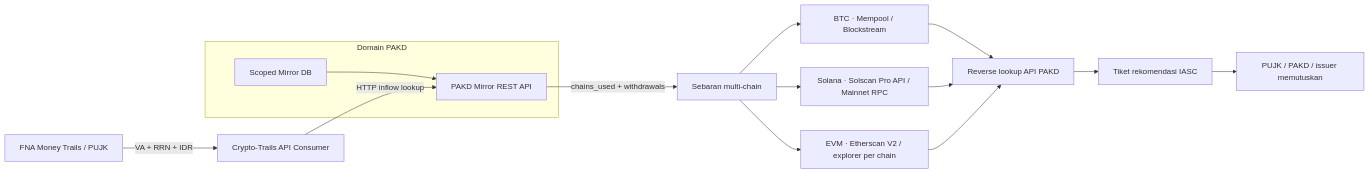
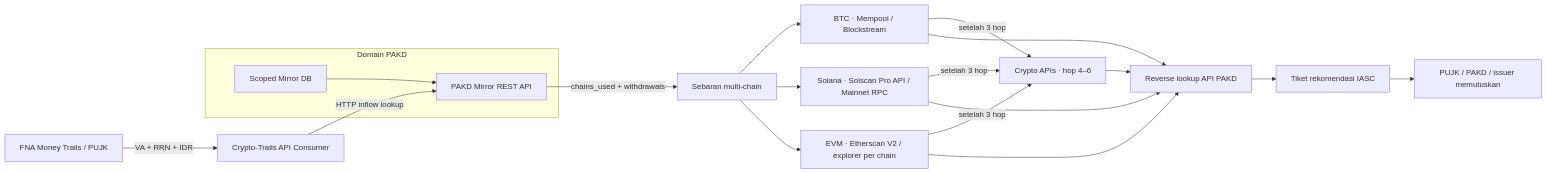
One commit to cesartputra/crypto-trails changed the diagram in README.md. Above: the diagram before and after it, drawn with Mermaid. The commit also changed other lines of this file and 15 other files, not shown here.

Commit message:
Continue primary three-hop trails through Crypto APIs up to six hops

````diff
--- a/README.md
+++ b/README.md
@@ -27,17 +27,21 @@
 ```mermaid
 flowchart LR
   F[FNA Money Trails / PUJK] -->|VA + RRN + IDR| C[Crypto-Trails API Consumer]
   subgraph P[Domain PAKD]
     M[Scoped Mirror DB] --> A[PAKD Mirror REST API]
   end
   C -->|HTTP inflow lookup| A
   A -->|chains_used + withdrawals| D[Sebaran multi-chain]
   D --> B[BTC · Mempool / Blockstream]
   D --> S[Solana · Solscan Pro API / Mainnet RPC]
   D --> E[EVM · Etherscan V2 / explorer per chain]
+  B -->|setelah 3 hop| H[Crypto APIs · hop 4–6]
+  S -->|setelah 3 hop| H
+  E -->|setelah 3 hop| H
+  H --> R
   B --> R[Reverse lookup API PAKD]
   S --> R
   E --> R
   R --> T[Tiket rekomendasi IASC]
   T --> I[PUJK / PAKD / issuer memutuskan]
 ```
````
